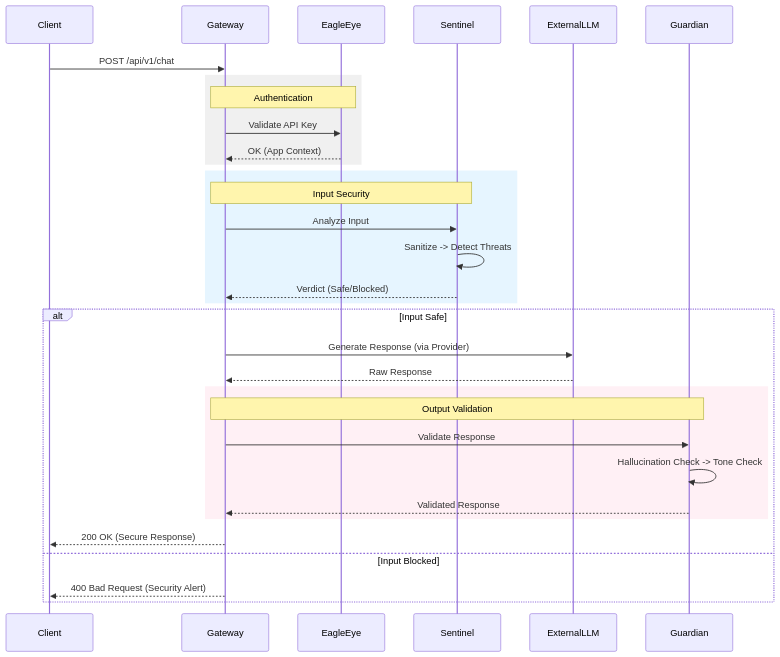
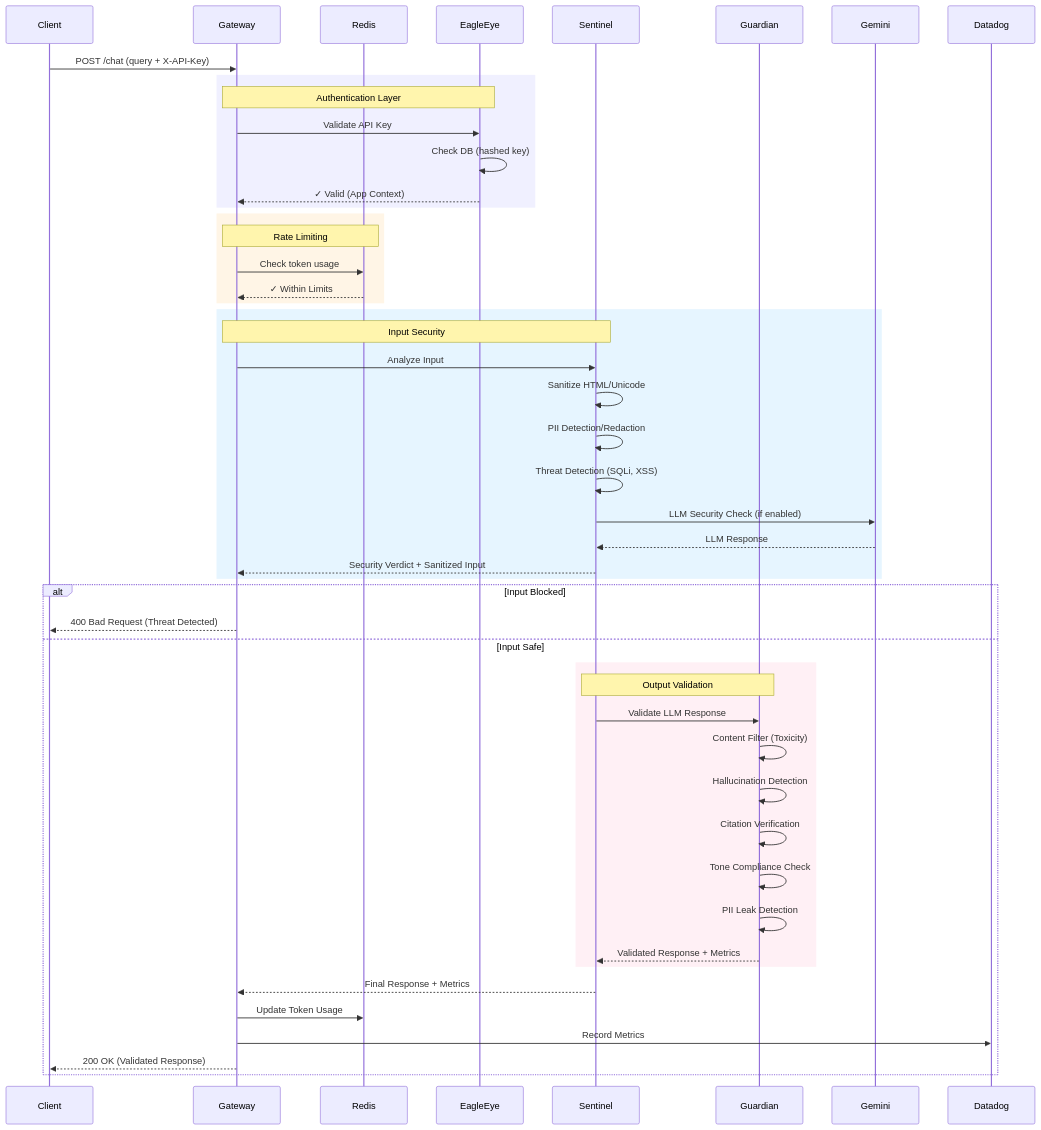
One commit to vaisu-bhut/ClestiqShield-AgentCore changed the fourth of 6 diagrams in README.md. Above: the diagram before and after it, drawn with Mermaid. The commit also changed other lines of this file and 3 other files, not shown here.

````diff
--- a/README.md
+++ b/README.md
@@ -148,40 +456,57 @@
 ```mermaid
 sequenceDiagram
     participant Client
     participant Gateway
+    participant Redis
     participant EagleEye
     participant Sentinel
-    participant ExternalLLM
     participant Guardian
+    participant Gemini
+    participant Datadog
 
-    Client->>Gateway: POST /api/v1/chat
+    Client->>Gateway: POST /chat (query + X-API-Key)
     
-    rect rgb(240, 240, 240)
-        Note over Gateway, EagleEye: Authentication
+    rect rgb(240, 240, 255)
+        Note over Gateway,EagleEye: Authentication Layer
         Gateway->>EagleEye: Validate API Key
-        EagleEye-->>Gateway: OK (App Context)
+        EagleEye->>EagleEye: Check DB (hashed key)
+        EagleEye-->>Gateway: ✓ Valid (App Context)
+    end
+    
+    rect rgb(255, 245, 230)
+        Note over Gateway,Redis: Rate Limiting
+        Gateway->>Redis: Check token usage
+        Redis-->>Gateway: ✓ Within Limits
     end
     
     rect rgb(230, 245, 255)
-        Note over Gateway, Sentinel: Input Security
+        Note over Gateway,Sentinel: Input Security
         Gateway->>Sentinel: Analyze Input
-        Sentinel->>Sentinel: Sanitize -> Detect Threats
-        Sentinel-->>Gateway: Verdict (Safe/Blocked)
+        Sentinel->>Sentinel: Sanitize HTML/Unicode
+        Sentinel->>Sentinel: PII Detection/Redaction
+        Sentinel->>Sentinel: Threat Detection (SQLi, XSS)
+        Sentinel->>Gemini: LLM Security Check (if enabled)
+        Gemini-->>Sentinel: LLM Response
+        Sentinel-->>Gateway: Security Verdict + Sanitized Input
     end
     
-    alt Input Safe
-        Gateway->>ExternalLLM: Generate Response (via Provider)
-        ExternalLLM-->>Gateway: Raw Response
-        
+    alt Input Blocked
+        Gateway-->>Client: 400 Bad Request (Threat Detected)
+    else Input Safe
         rect rgb(255, 240, 245)
-            Note over Gateway, Guardian: Output Validation
-            Gateway->>Guardian: Validate Response
-            Guardian->>Guardian: Hallucination Check -> Tone Check
-            Guardian-->>Gateway: Validated Response
+            Note over Sentinel,Guardian: Output Validation
+            Sentinel->>Guardian: Validate LLM Response
+            Guardian->>Guardian: Content Filter (Toxicity)
+            Guardian->>Guardian: Hallucination Detection
+            Guardian->>Guardian: Citation Verification
+            Guardian->>Guardian: Tone Compliance Check
+            Guardian->>Guardian: PII Leak Detection
+            Guardian-->>Sentinel: Validated Response + Metrics
         end
         
-        Gateway-->>Client: 200 OK (Secure Response)
-    else Input Blocked
-        Gateway-->>Client: 400 Bad Request (Security Alert)
+        Sentinel-->>Gateway: Final Response + Metrics
+        Gateway->>Redis: Update Token Usage
+        Gateway->>Datadog: Record Metrics
+        Gateway-->>Client: 200 OK (Validated Response)
     end
 ```
````
